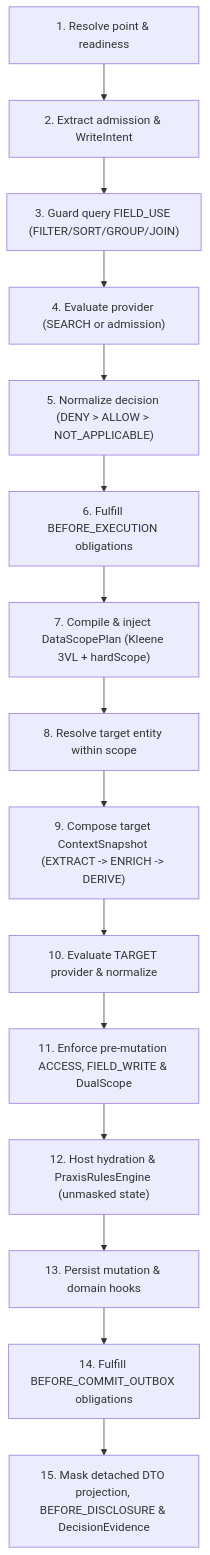
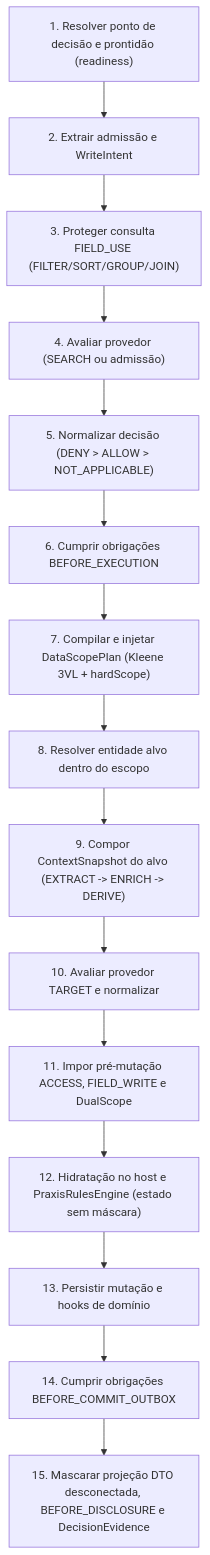
Before and after one commit to codexrodrigues/praxis-authz-enforcement-core: the first of 2 diagrams in README.md, drawn with Mermaid. The commit also changed other lines of this file and 4 other files, not shown here.

````diff
--- a/README.md
+++ b/README.md
@@ -40,17 +98,17 @@
 ```mermaid
 flowchart TD
-    S1["1. Resolve point & readiness"] --> S2["2. Extract admission & WriteIntent"]
-    S2 --> S3["3. Guard query FIELD_USE (FILTER/SORT/GROUP/JOIN)"]
-    S3 --> S4["4. Evaluate provider (SEARCH or admission)"]
-    S4 --> S5["5. Normalize decision (DENY > ALLOW > NOT_APPLICABLE)"]
-    S5 --> S6["6. Fulfill BEFORE_EXECUTION obligations"]
-    S6 --> S7["7. Compile & inject DataScopePlan (Kleene 3VL + hardScope)"]
-    S7 --> S8["8. Resolve target entity within scope"]
-    S8 --> S9["9. Compose target ContextSnapshot (EXTRACT -> ENRICH -> DERIVE)"]
-    S9 --> S10["10. Evaluate TARGET provider & normalize"]
-    S10 --> S11["11. Enforce pre-mutation ACCESS, FIELD_WRITE & DualScope"]
-    S11 --> S12["12. Host hydration & PraxisRulesEngine (unmasked state)"]
-    S12 --> S13["13. Persist mutation & domain hooks"]
-    S13 --> S14["14. Fulfill BEFORE_COMMIT_OUTBOX obligations"]
-    S14 --> S15["15. Mask detached DTO projection, BEFORE_DISCLOSURE & DecisionEvidence"]
+    S1["1. Resolver ponto de decisão e prontidão (readiness)"] --> S2["2. Extrair admissão e WriteIntent"]
+    S2 --> S3["3. Proteger consulta FIELD_USE (FILTER/SORT/GROUP/JOIN)"]
+    S3 --> S4["4. Avaliar provedor (SEARCH ou admissão)"]
+    S4 --> S5["5. Normalizar decisão (DENY > ALLOW > NOT_APPLICABLE)"]
+    S5 --> S6["6. Cumprir obrigações BEFORE_EXECUTION"]
+    S6 --> S7["7. Compilar e injetar DataScopePlan (Kleene 3VL + hardScope)"]
+    S7 --> S8["8. Resolver entidade alvo dentro do escopo"]
+    S8 --> S9["9. Compor ContextSnapshot do alvo (EXTRACT -> ENRICH -> DERIVE)"]
+    S9 --> S10["10. Avaliar provedor TARGET e normalizar"]
+    S10 --> S11["11. Impor pré-mutação ACCESS, FIELD_WRITE e DualScope"]
+    S11 --> S12["12. Hidratação no host e PraxisRulesEngine (estado sem máscara)"]
+    S12 --> S13["13. Persistir mutação e hooks de domínio"]
+    S13 --> S14["14. Cumprir obrigações BEFORE_COMMIT_OUTBOX"]
+    S14 --> S15["15. Mascarar projeção DTO desconectada, BEFORE_DISCLOSURE e DecisionEvidence"]
 ```
````
